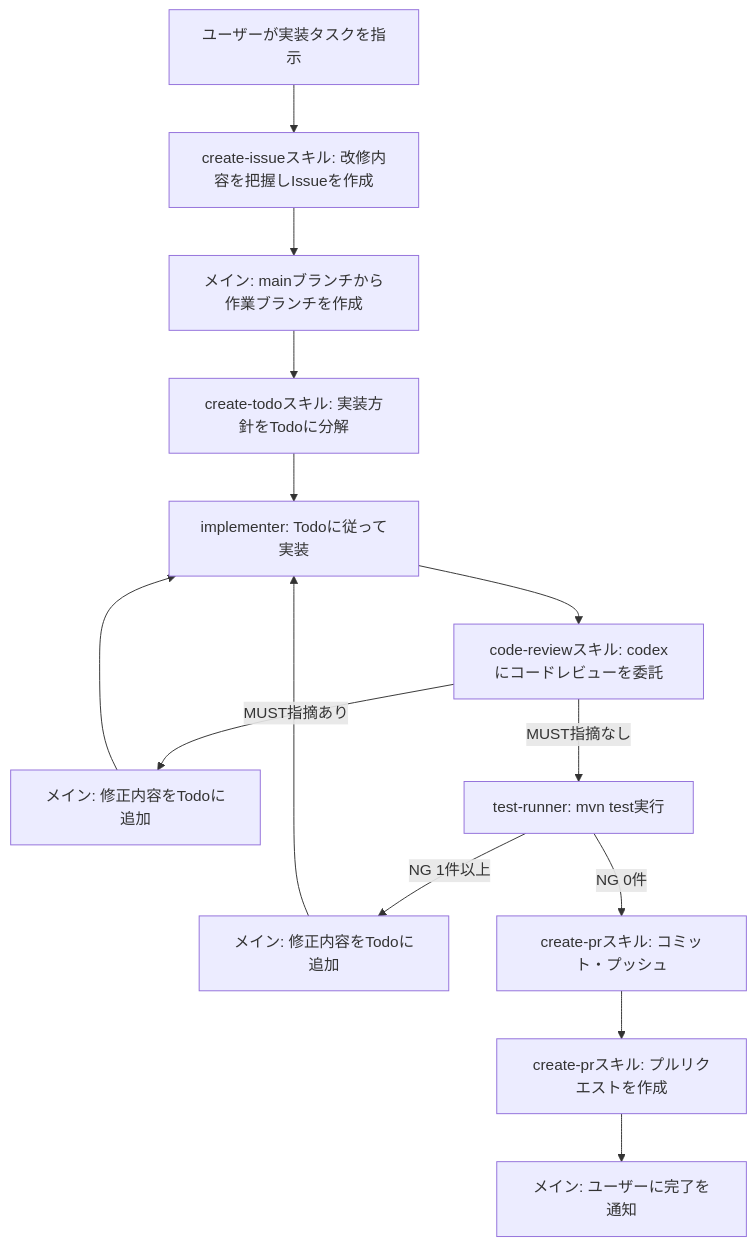
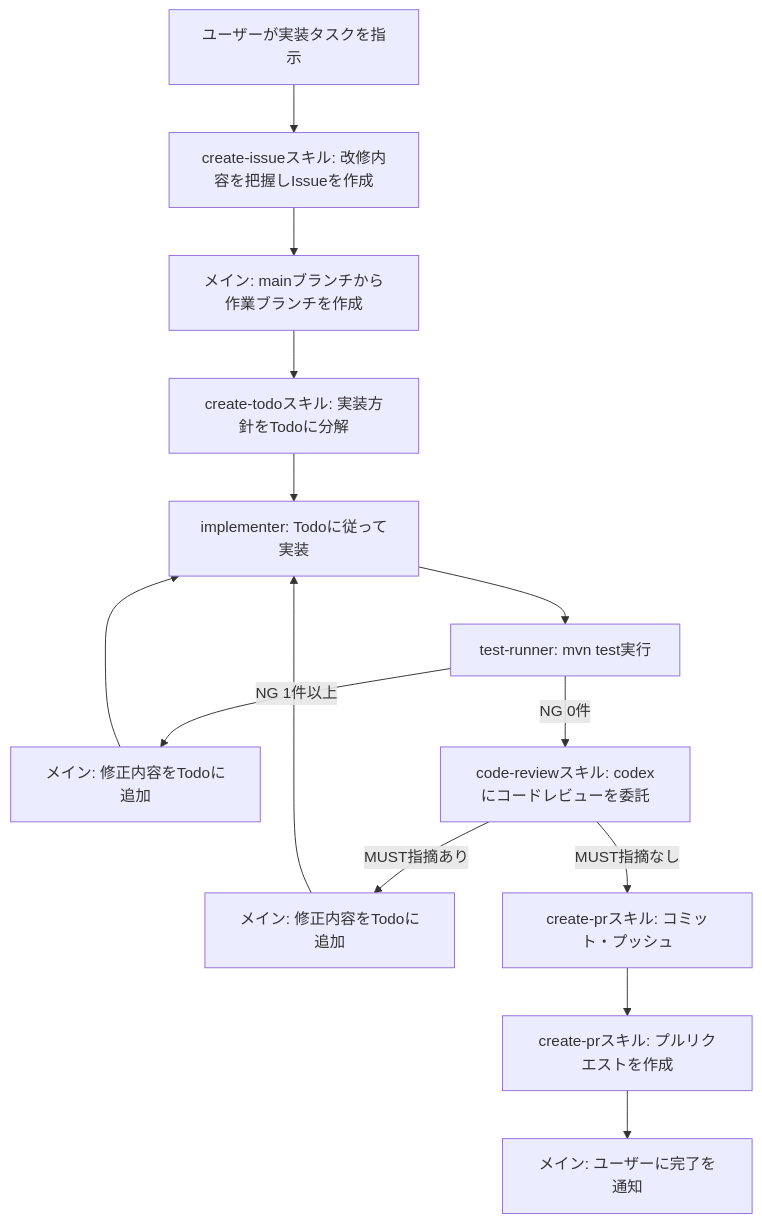
One commit to ryo-nogawa/http-tcp-server-poc changed the diagram in .claude/rules/development-flow.md. Above: the diagram before and after it, drawn with Mermaid. The commit also changed other lines of this file, not shown here.

Commit message:
docs: 開発フローのテストとレビューの順序を入れ替え
動作しないコードをレビューに回さないよう、実装後の検証をテスト先行に変更する。
修正ループの再開地点もレビューからテストへ変更する。

````diff
--- a/.claude/rules/development-flow.md
+++ b/.claude/rules/development-flow.md
@@ -13,16 +13,16 @@
 ```mermaid
 flowchart TD
     A["ユーザーが実装タスクを指示"] --> B["create-issueスキル: 改修内容を把握しIssueを作成"]
     B --> C["メイン: mainブランチから作業ブランチを作成"]
     C --> D["create-todoスキル: 実装方針をTodoに分解"]
     D --> E["implementer: Todoに従って実装"]
-    E --> F["code-reviewスキル: codexにコードレビューを委託"]
-    F -->|"MUST指摘あり"| G["メイン: 修正内容をTodoに追加"]
+    E --> F["test-runner: mvn test実行"]
+    F -->|"NG 1件以上"| G["メイン: 修正内容をTodoに追加"]
     G --> E
-    F -->|"MUST指摘なし"| H["test-runner: mvn test実行"]
-    H -->|"NG 1件以上"| I["メイン: 修正内容をTodoに追加"]
+    F -->|"NG 0件"| H["code-reviewスキル: codexにコードレビューを委託"]
+    H -->|"MUST指摘あり"| I["メイン: 修正内容をTodoに追加"]
     I --> E
-    H -->|"NG 0件"| J["create-prスキル: コミット・プッシュ"]
+    H -->|"MUST指摘なし"| J["create-prスキル: コミット・プッシュ"]
     J --> K["create-prスキル: プルリクエストを作成"]
     K --> L["メイン: ユーザーに完了を通知"]
 ```
````
